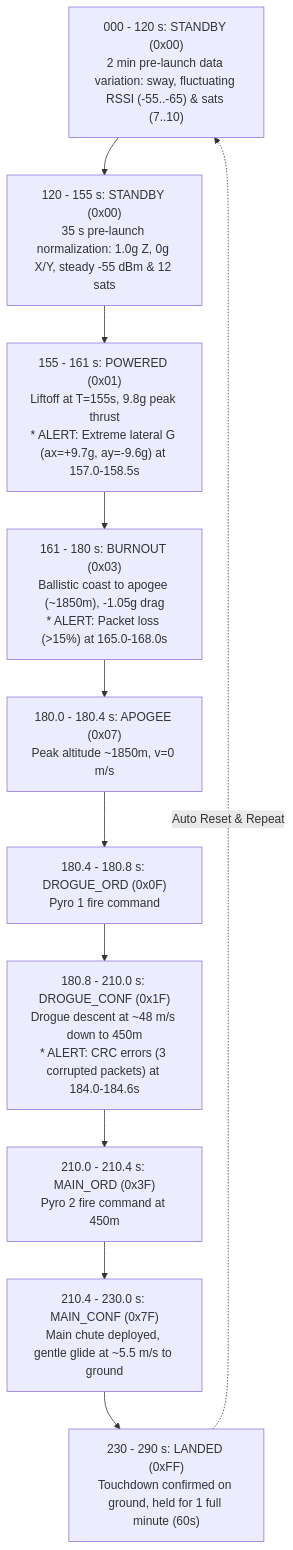
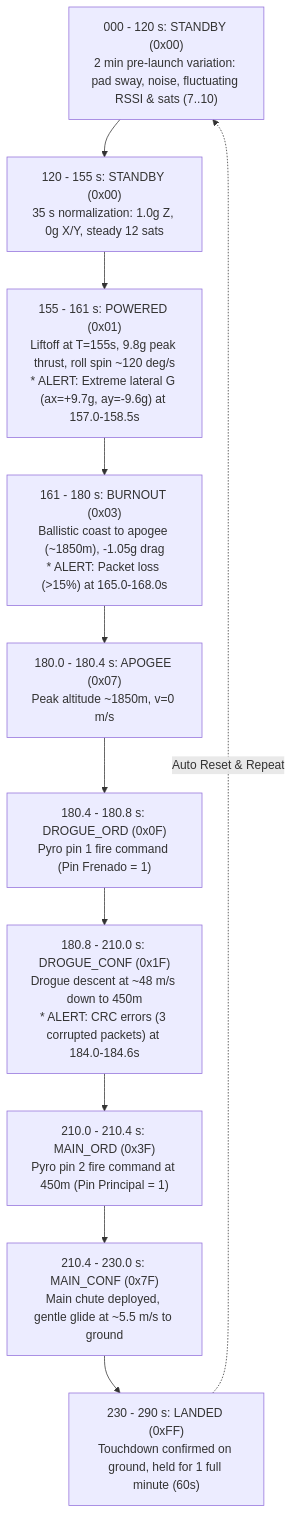
Before and after one commit to Invenciones-Espaciales/estacion-terrena-cansat: the diagram in arduino/telemetry_simulator/README.md, drawn with Mermaid. The commit also changed other lines of this file and 1 other file, not shown here.

````diff
--- a/arduino/telemetry_simulator/README.md
+++ b/arduino/telemetry_simulator/README.md
@@ -26,13 +30,13 @@
 ```mermaid
 flowchart TD
-    P1["000 - 120 s: STANDBY (0x00)\n2 min pre-launch data variation: sway, fluctuating RSSI (-55..-65) & sats (7..10)"] --> P2["120 - 155 s: STANDBY (0x00)\n35 s pre-launch normalization: 1.0g Z, 0g X/Y, steady -55 dBm & 12 sats"]
-    P2 --> P3["155 - 161 s: POWERED (0x01)\nLiftoff at T=155s, 9.8g peak thrust\n* ALERT: Extreme lateral G (ax=+9.7g, ay=-9.6g) at 157.0-158.5s"]
+    P1["000 - 120 s: STANDBY (0x00)\n2 min pre-launch variation: pad sway, noise, fluctuating RSSI & sats (7..10)"] --> P2["120 - 155 s: STANDBY (0x00)\n35 s normalization: 1.0g Z, 0g X/Y, steady 12 sats"]
+    P2 --> P3["155 - 161 s: POWERED (0x01)\nLiftoff at T=155s, 9.8g peak thrust, roll spin ~120 deg/s\n* ALERT: Extreme lateral G (ax=+9.7g, ay=-9.6g) at 157.0-158.5s"]
     P3 --> P4["161 - 180 s: BURNOUT (0x03)\nBallistic coast to apogee (~1850m), -1.05g drag\n* ALERT: Packet loss (>15%) at 165.0-168.0s"]
     P4 --> P5["180.0 - 180.4 s: APOGEE (0x07)\nPeak altitude ~1850m, v=0 m/s"]
-    P5 --> P6["180.4 - 180.8 s: DROGUE_ORD (0x0F)\nPyro 1 fire command"]
+    P5 --> P6["180.4 - 180.8 s: DROGUE_ORD (0x0F)\nPyro pin 1 fire command (Pin Frenado = 1)"]
     P6 --> P7["180.8 - 210.0 s: DROGUE_CONF (0x1F)\nDrogue descent at ~48 m/s down to 450m\n* ALERT: CRC errors (3 corrupted packets) at 184.0-184.6s"]
-    P7 --> P8["210.0 - 210.4 s: MAIN_ORD (0x3F)\nPyro 2 fire command at 450m"]
+    P7 --> P8["210.0 - 210.4 s: MAIN_ORD (0x3F)\nPyro pin 2 fire command at 450m (Pin Principal = 1)"]
     P8 --> P9["210.4 - 230.0 s: MAIN_CONF (0x7F)\nMain chute deployed, gentle glide at ~5.5 m/s to ground"]
     P9 --> P10["230 - 290 s: LANDED (0xFF)\nTouchdown confirmed on ground, held for 1 full minute (60s)"]
     P10 -. Auto Reset & Repeat .-> P1
 ```
````
